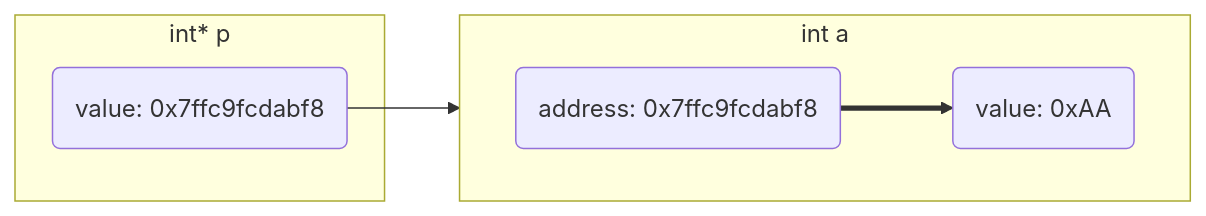
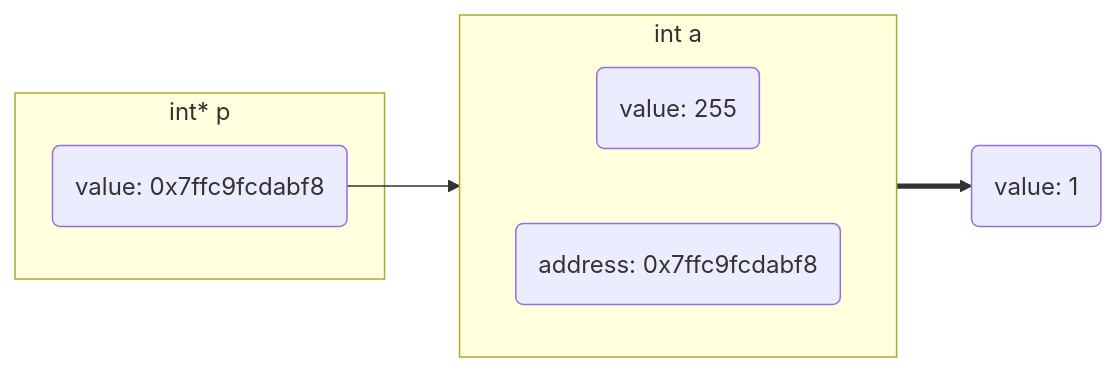
One commit to dmjcb/dmjcb.github.io changed the sixth of 10 diagrams in _posts/c_c++/pointer/2022-01-08-pointer.md. Above: the diagram before and after it, drawn with Mermaid. The commit also changed other lines of this file and 22 other files, not shown here.

````diff
--- a/_posts/c_c++/pointer/2022-01-08-pointer.md
+++ b/_posts/c_c++/pointer/2022-01-08-pointer.md
@@ -256,12 +251,19 @@
 ```mermaid
 graph LR;
-    subgraph S1[int a]
-        direction LR;
-        V2(value: 0xAA)
+    subgraph S1[int* p]
+        V1(value: 0x7ffc9fcdabf8)
+    end
+
+    subgraph S2[int a]
+        direction LR
+        V2(value: 255)
+        
         A2(address: 0x7ffc9fcdabf8)
     end
-    subgraph S2[int* p]
-        V1(value: 0x7ffc9fcdabf8)
-    end
-    V1-->A2==>V2
+
+    V3(value: 1)
+    
+    V1-->A2
+
+    V2==>V3
 ```
````
